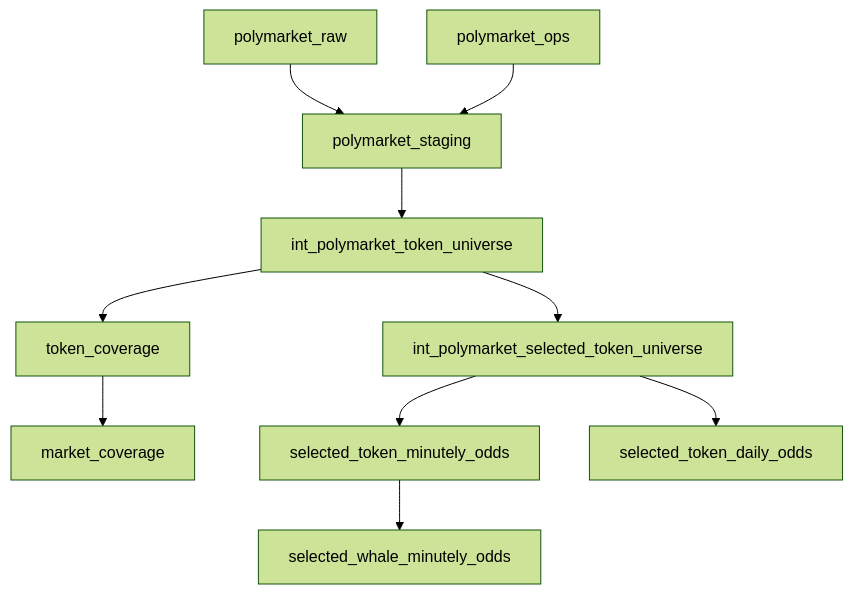
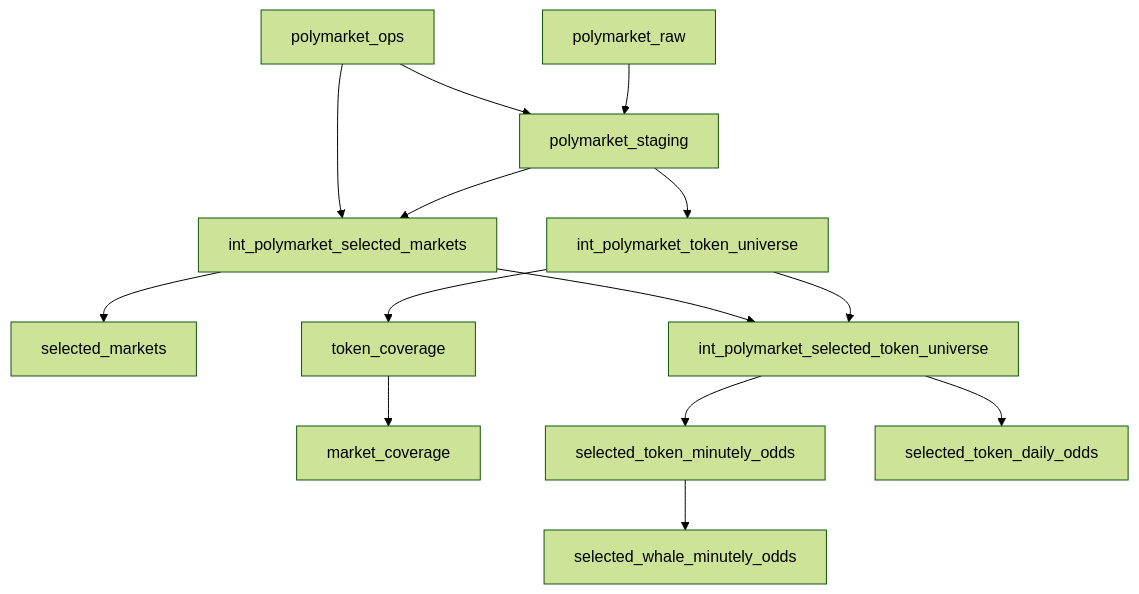
One commit to hypertrial/oddsfox-pipeline changed the second of 2 diagrams in docs/architecture.md. Above: the diagram before and after it, drawn with Mermaid (forest theme). The commit also changed other lines of this file and 9 other files, not shown here.

Commit message:
Align docs and selected_markets dbt schema with multi-scope.

````diff
--- a/docs/architecture.md
+++ b/docs/architecture.md
@@ -41,12 +45,16 @@
 ```mermaid
 flowchart TD
     raw["polymarket_raw"] --> staging["polymarket_staging"]
     ops["polymarket_ops"] --> staging
     staging --> token_universe["int_polymarket_token_universe"]
+    staging --> selected_markets_int["int_polymarket_selected_markets"]
+    ops --> selected_markets_int
+    selected_markets_int --> selected_markets["selected_markets"]
     token_universe --> selected_tokens["int_polymarket_selected_token_universe"]
+    selected_markets_int --> selected_tokens
     token_universe --> coverage["token_coverage"]
     coverage --> market_coverage["market_coverage"]
     selected_tokens --> minutely["selected_token_minutely_odds"]
     selected_tokens --> daily["selected_token_daily_odds"]
     minutely --> whale["selected_whale_minutely_odds"]
 ```
````
